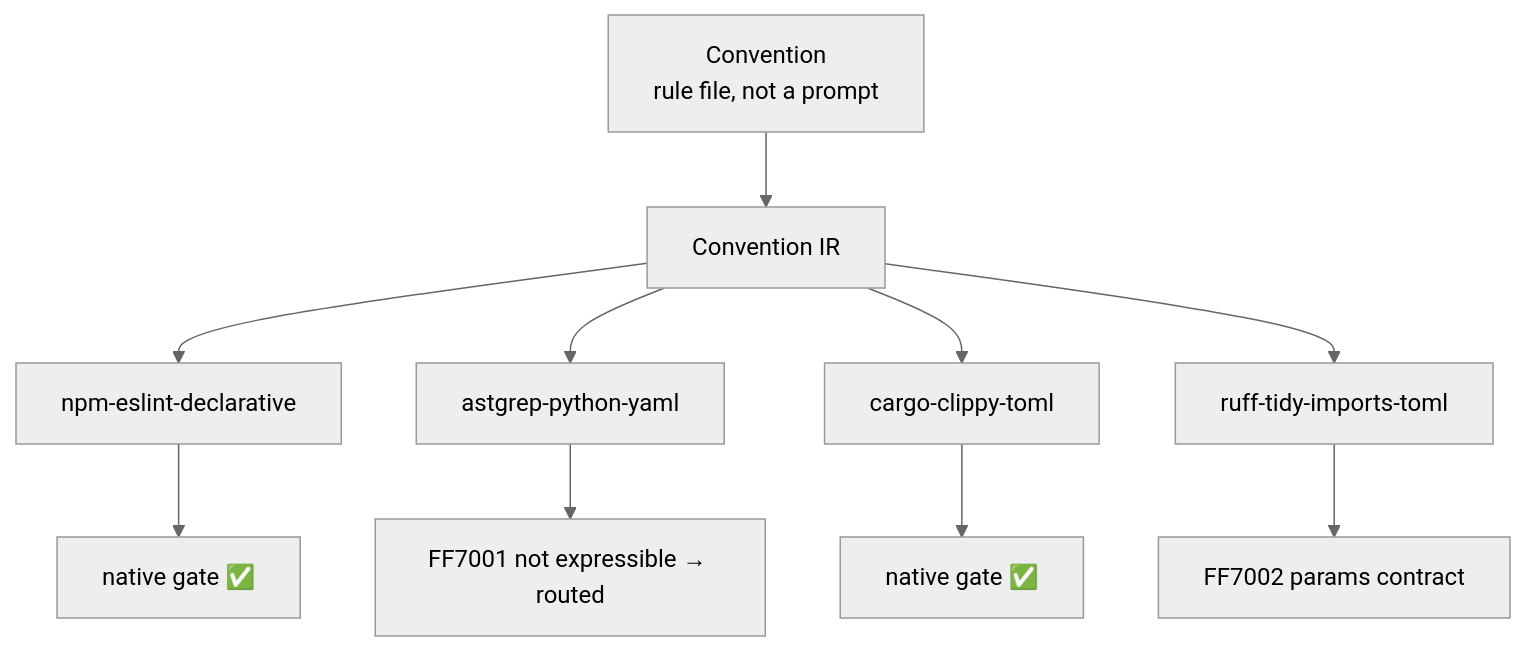
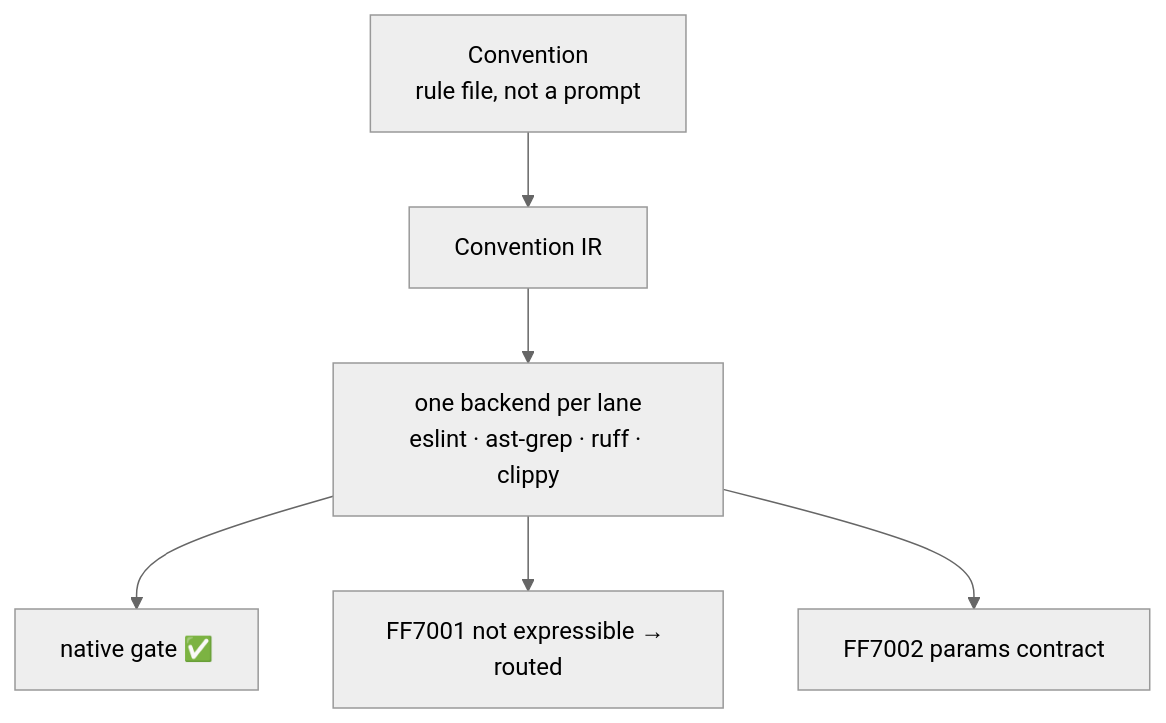
One commit to artyhoo/getff changed the third of 4 diagrams in docs/superpowers/specs/2026-09-14-getff-ai-face-pages-design.md. Above: the diagram before and after it, drawn with Mermaid (neutral theme). The commit also changed other lines of this file, not shown here.

````diff
--- a/docs/superpowers/specs/2026-09-14-getff-ai-face-pages-design.md
+++ b/docs/superpowers/specs/2026-09-14-getff-ai-face-pages-design.md
@@ -190,12 +210,8 @@
 ```mermaid
 flowchart TB
   C[Convention<br/>rule file, not a prompt] --> IR[Convention IR]
-  IR --> B1[npm-eslint-declarative]
-  IR --> B2[astgrep-python-yaml]
-  IR --> B3[cargo-clippy-toml]
-  IR --> B4[ruff-tidy-imports-toml]
-  B1 --> G1[native gate ✅]
-  B2 --> G2[FF7001 not expressible → routed]
-  B3 --> G3[native gate ✅]
-  B4 --> G4[FF7002 params contract]
+  IR --> B[one backend per lane<br/>eslint · ast-grep · ruff · clippy]
+  B --> G1[native gate ✅]
+  B --> G2[FF7001 not expressible → routed]
+  B --> G3[FF7002 params contract]
 ```
````
